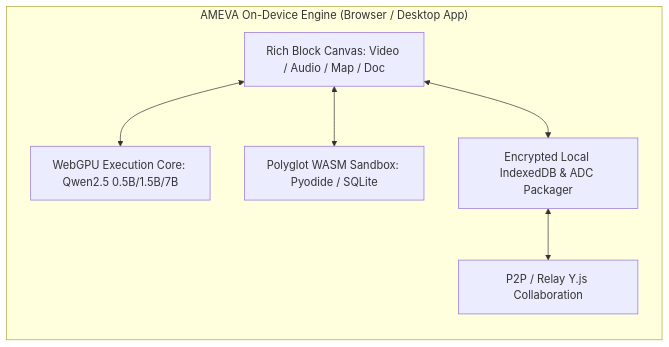
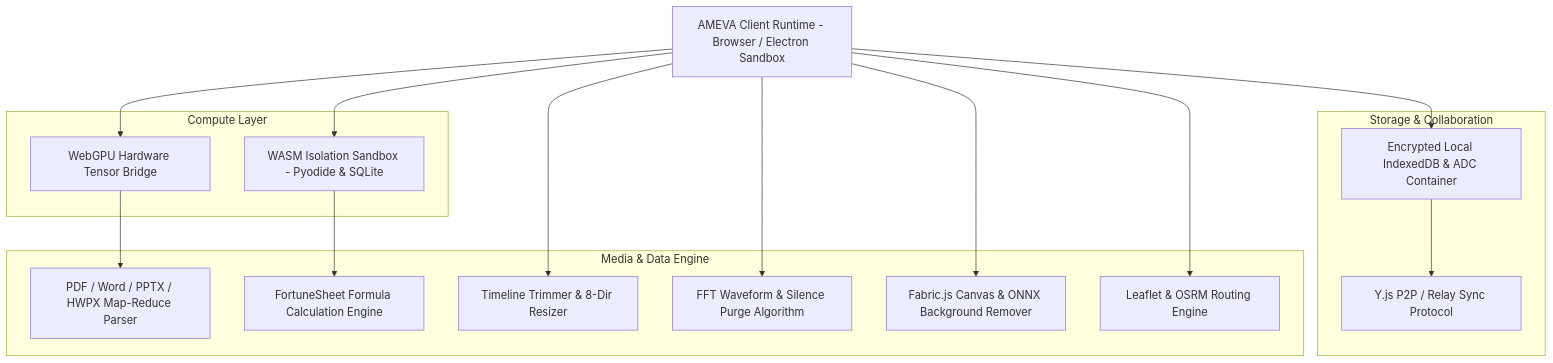
One commit to uno-km/AMEVA-Workstation-Web changed the first of 2 diagrams in docs/IR_PITCH_DECK.md. Above: the diagram before and after it, drawn with Mermaid. The commit also changed other lines of this file, not shown here.

````diff
--- a/docs/IR_PITCH_DECK.md
+++ b/docs/IR_PITCH_DECK.md
@@ -69,15 +96,34 @@
 ```mermaid
-graph LR
-    subgraph "AMEVA On-Device Engine (Browser / Desktop App)"
-        UI[Rich Block Canvas: Video / Audio / Map / Doc]
-        WGPU[WebGPU Execution Core: Qwen2.5 0.5B/1.5B/7B]
-        WASM[Polyglot WASM Sandbox: Pyodide / SQLite]
-        VFS[Encrypted Local IndexedDB & ADC Packager]
-        CRDT[P2P / Relay Y.js Collaboration]
+graph TD
+    ClientEngine[AMEVA Client Runtime - Browser / Electron Sandbox]
+    
+    subgraph Compute Layer
+        WGPU[WebGPU Hardware Tensor Bridge]
+        WASM[WASM Isolation Sandbox - Pyodide & SQLite]
     end
 
-    UI <--> WGPU
-    UI <--> WASM
-    UI <--> VFS
-    VFS <--> CRDT
+    subgraph Media & Data Engine
+        VideoCore[Timeline Trimmer & 8-Dir Resizer]
+        AudioCore[FFT Waveform & Silence Purge Algorithm]
+        ImageCore[Fabric.js Canvas & ONNX Background Remover]
+        DocCore[PDF / Word / PPTX / HWPX Map-Reduce Parser]
+        GeoCore[Leaflet & OSRM Routing Engine]
+        SheetCore[FortuneSheet Formula Calculation Engine]
+    end
+
+    subgraph Storage & Collaboration
+        VFS[Encrypted Local IndexedDB & ADC Container]
+        CRDT[Y.js P2P / Relay Sync Protocol]
+    end
+
+    ClientEngine --> WGPU
+    ClientEngine --> WASM
+    WGPU --> DocCore
+    WASM --> SheetCore
+    ClientEngine --> VideoCore
+    ClientEngine --> AudioCore
+    ClientEngine --> ImageCore
+    ClientEngine --> GeoCore
+    ClientEngine --> VFS
+    VFS --> CRDT
 ```
````
